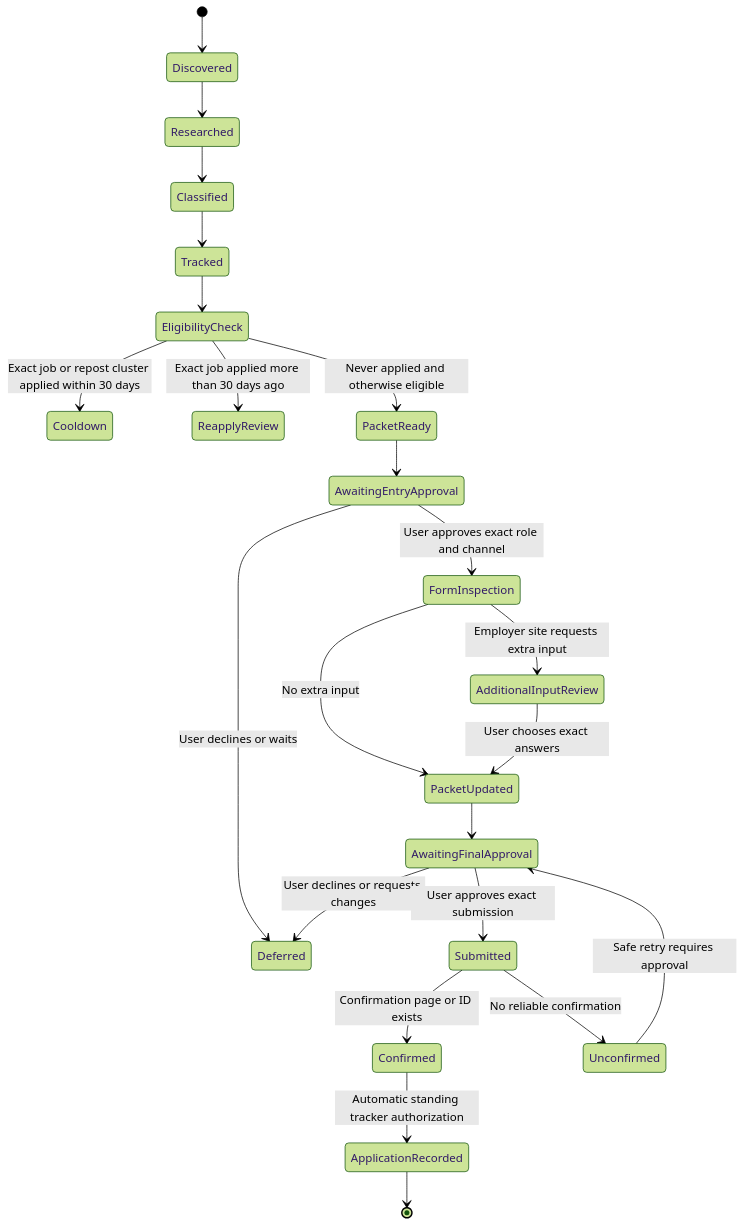
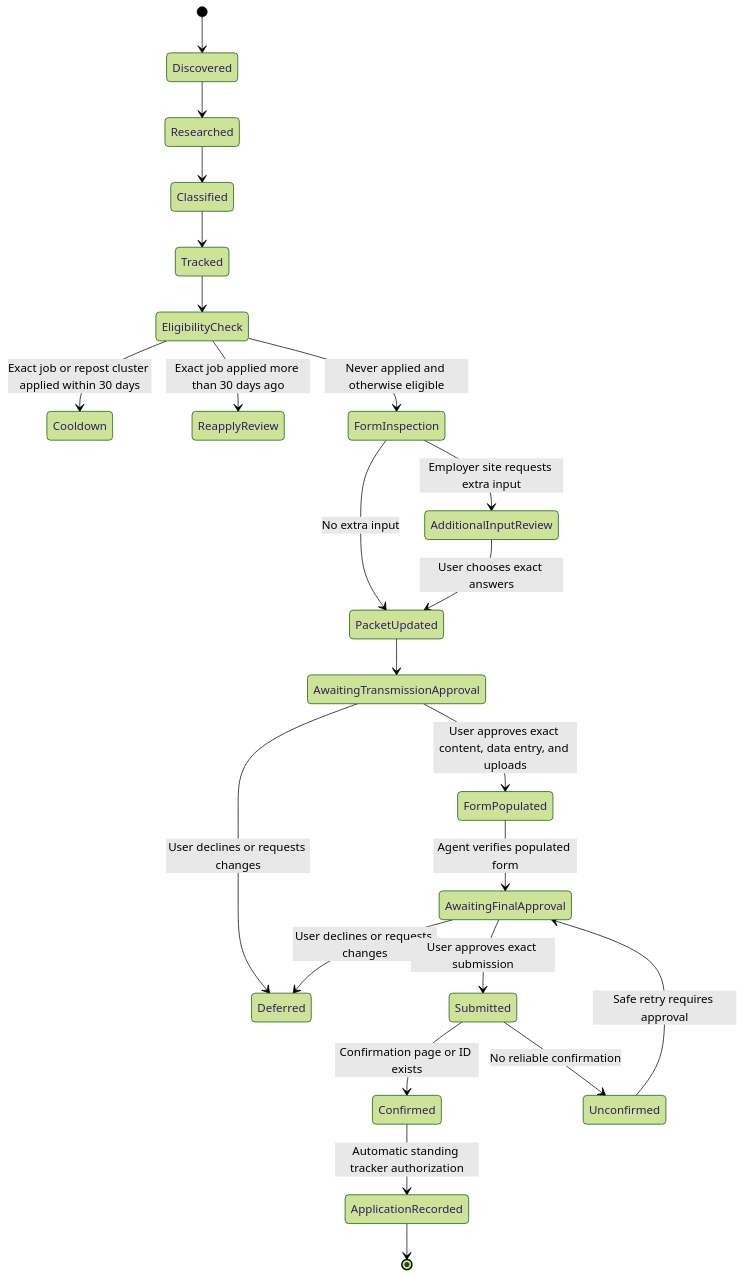
The first of 2 diagrams in linkedin-job-pilot/references/application-gates.md (fsw0422/skills), drawn with Mermaid (forest theme) before and after one commit. The commit also changed other lines of this file and 2 other files, not shown here.

Commit message:
feat(linkedin-job-pilot): minimize application approval gates

````diff
--- a/linkedin-job-pilot/references/application-gates.md
+++ b/linkedin-job-pilot/references/application-gates.md
@@ -7,25 +7,25 @@
 ```mermaid
 stateDiagram-v2
     [*] --> Discovered
     Discovered --> Researched
     Researched --> Classified
     Classified --> Tracked
     Tracked --> EligibilityCheck
     EligibilityCheck --> Cooldown: Exact job or repost cluster applied within 30 days
     EligibilityCheck --> ReapplyReview: Exact job applied more than 30 days ago
-    EligibilityCheck --> PacketReady: Never applied and otherwise eligible
-    PacketReady --> AwaitingEntryApproval
-    AwaitingEntryApproval --> Deferred: User declines or waits
-    AwaitingEntryApproval --> FormInspection: User approves exact role and channel
+    EligibilityCheck --> FormInspection: Never applied and otherwise eligible
     FormInspection --> AdditionalInputReview: Employer site requests extra input
     FormInspection --> PacketUpdated: No extra input
     AdditionalInputReview --> PacketUpdated: User chooses exact answers
-    PacketUpdated --> AwaitingFinalApproval
+    PacketUpdated --> AwaitingTransmissionApproval
+    AwaitingTransmissionApproval --> Deferred: User declines or requests changes
+    AwaitingTransmissionApproval --> FormPopulated: User approves exact content, data entry, and uploads
+    FormPopulated --> AwaitingFinalApproval: Agent verifies populated form
     AwaitingFinalApproval --> Deferred: User declines or requests changes
     AwaitingFinalApproval --> Submitted: User approves exact submission
     Submitted --> Confirmed: Confirmation page or ID exists
     Submitted --> Unconfirmed: No reliable confirmation
     Confirmed --> ApplicationRecorded: Automatic standing tracker authorization
     ApplicationRecorded --> [*]
     Unconfirmed --> AwaitingFinalApproval: Safe retry requires approval
 ```
````
